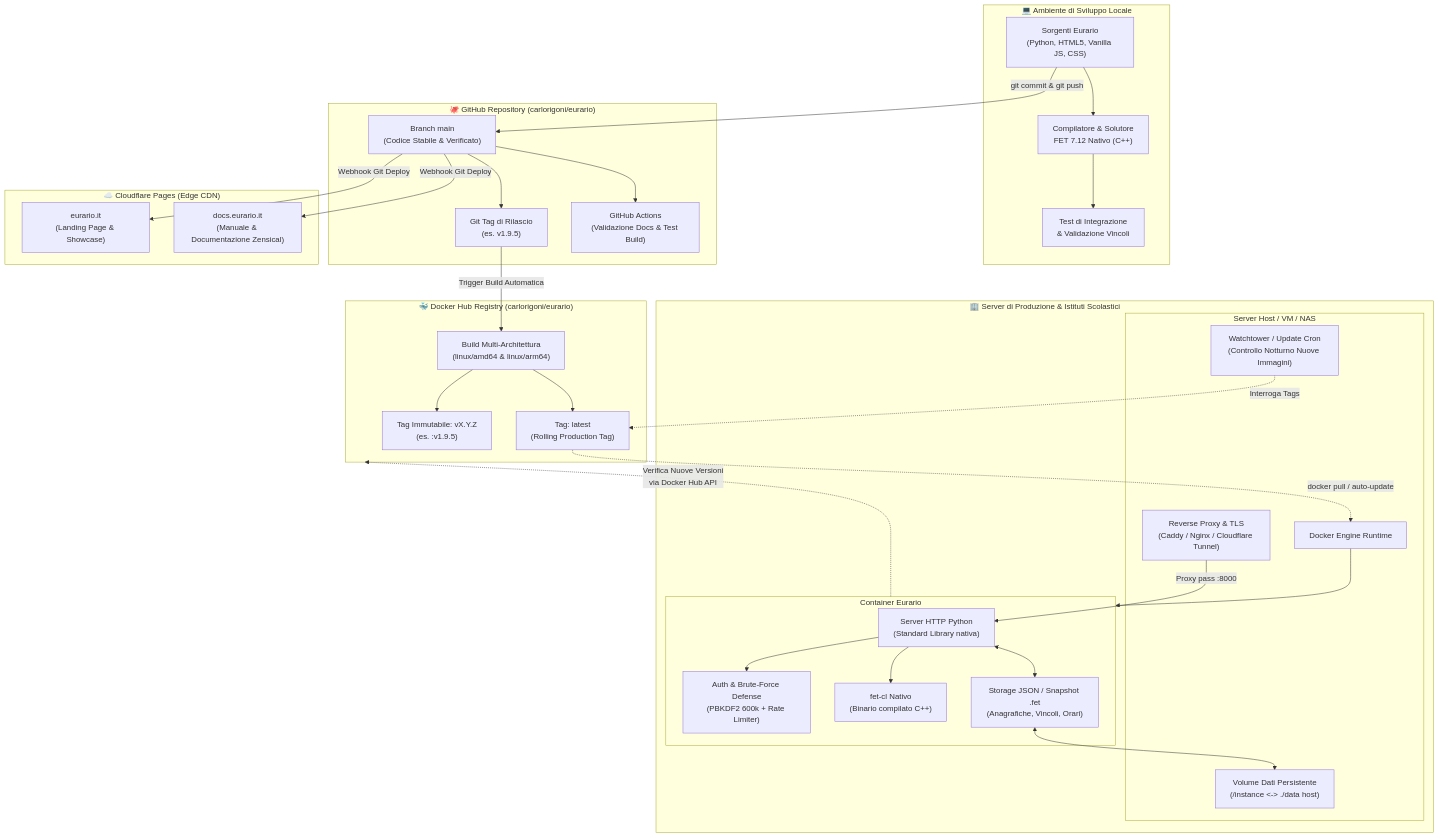
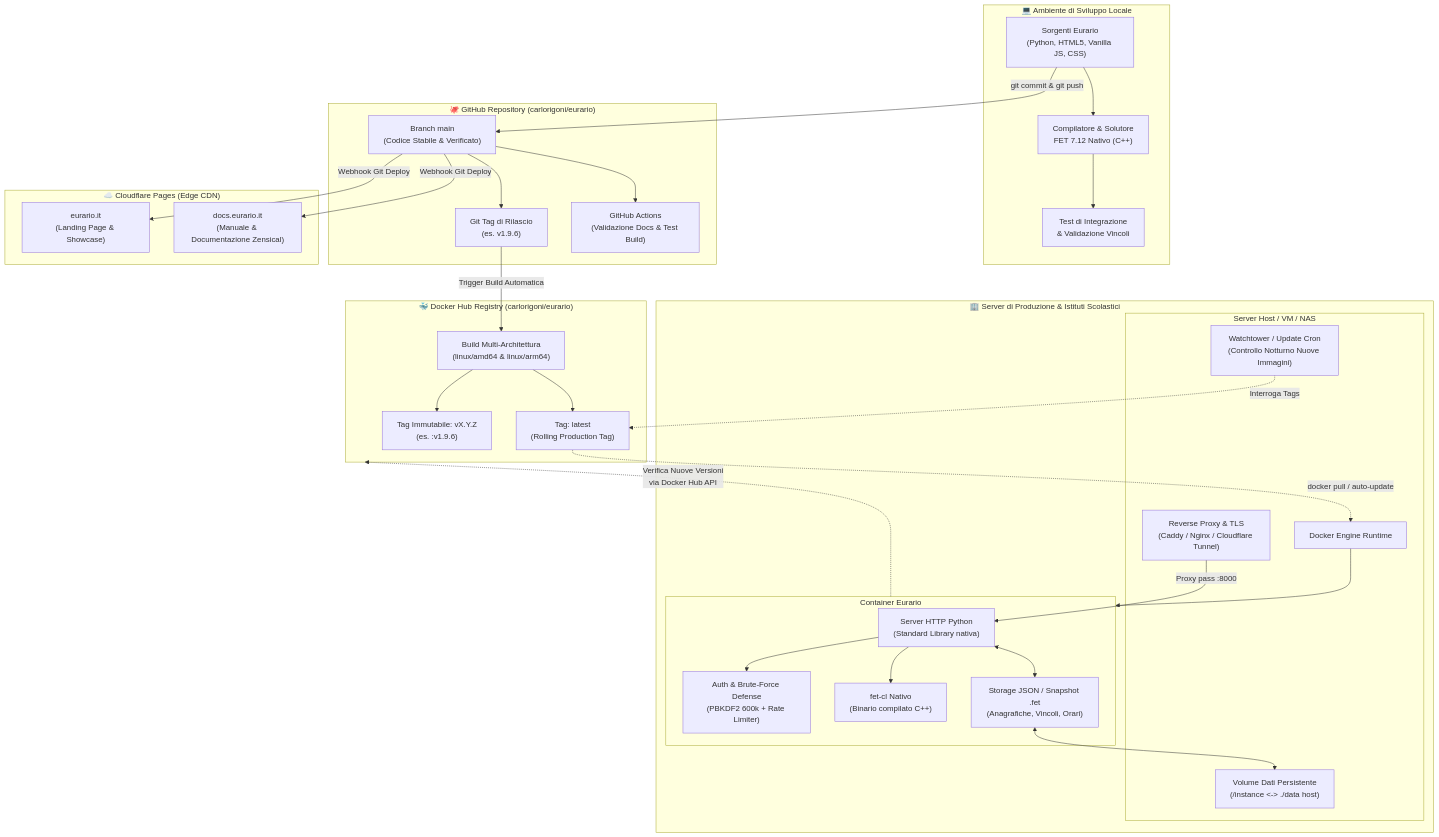
The first of 4 diagrams in docs/architecture.md (carlorigoni/SmartTimetableFET), drawn with Mermaid before and after one commit. The commit also changed other lines of this file and 1 other file, not shown here.

Commit message:
docs(architecture): expand Cloudflare ecosystem guide with Pages, DNS/WAF, and Zero-Trust Tunnel diagrams

````diff
--- a/docs/architecture.md
+++ b/docs/architecture.md
@@ -18,63 +18,63 @@
 ```mermaid
 flowchart TD
     subgraph LocalDev["💻 Ambiente di Sviluppo Locale"]
         DevFiles["Sorgenti Eurario\n(Python, HTML5, Vanilla JS, CSS)"]
         LocalFET["Compilatore & Solutore\nFET 7.12 Nativo (C++)"]
         LocalTest["Test di Integrazione\n& Validazione Vincoli"]
         DevFiles --> LocalFET
         LocalFET --> LocalTest
     end
 
     subgraph GitHubRepo["🐙 GitHub Repository (carlorigoni/eurario)"]
         MainBranch["Branch main\n(Codice Stabile & Verificato)"]
-        GitTag["Git Tag di Rilascio\n(es. v1.9.5)"]
+        GitTag["Git Tag di Rilascio\n(es. v1.9.6)"]
         GHActions["GitHub Actions\n(Validazione Docs & Test Build)"]
         MainBranch --> GitTag
         MainBranch --> GHActions
     end
 
     subgraph CDNPipeline["☁️ Cloudflare Pages (Edge CDN)"]
         CF_Landing["eurario.it\n(Landing Page & Showcase)"]
         CF_Docs["docs.eurario.it\n(Manuale & Documentazione Zensical)"]
     end
 
     subgraph ContainerRegistry["🐳 Docker Hub Registry (carlorigoni/eurario)"]
         MultiArchBuild["Build Multi-Architettura\n(linux/amd64 & linux/arm64)"]
         TagLatest["Tag: latest\n(Rolling Production Tag)"]
-        TagVersion["Tag Immutabile: vX.Y.Z\n(es. :v1.9.5)"]
+        TagVersion["Tag Immutabile: vX.Y.Z\n(es. :v1.9.6)"]
         MultiArchBuild --> TagLatest
         MultiArchBuild --> TagVersion
     end
 
     subgraph ProductionEnv["🏢 Server di Produzione & Istituti Scolastici"]
         subgraph ServerHost["Server Host / VM / NAS"]
             ReverseProxy["Reverse Proxy & TLS\n(Caddy / Nginx / Cloudflare Tunnel)"]
             DockerEngine["Docker Engine Runtime"]
             Watchtower["Watchtower / Update Cron\n(Controllo Notturno Nuove Immagini)"]
             PersistentVol["Volume Dati Persistente\n(/instance <-> ./data host)"]
         end
         subgraph ContainerApp["Container Eurario"]
             PyServer["Server HTTP Python\n(Standard Library nativa)"]
             AuthEngine["Auth & Brute-Force Defense\n(PBKDF2 600k + Rate Limiter)"]
             FETExec["fet-cl Nativo\n(Binario compilato C++)"]
             LocalData["Storage JSON / Snapshot .fet\n(Anagrafiche, Vincoli, Orari)"]
         end
     end
 
     %% Relazioni tra ambienti
     DevFiles -->|"git commit & git push"| MainBranch
     GitTag -->|"Trigger Build Automatica"| MultiArchBuild
     MainBranch -->|"Webhook Git Deploy"| CF_Landing
     MainBranch -->|"Webhook Git Deploy"| CF_Docs
 
     TagLatest -.->|"docker pull / auto-update"| DockerEngine
     DockerEngine --> ContainerApp
     ReverseProxy -->|"Proxy pass :8000"| PyServer
     PyServer --> AuthEngine
     PyServer --> FETExec
     PyServer <--> LocalData
     LocalData <--> PersistentVol
     Watchtower -.->|"Interroga Tags"| TagLatest
 
     ContainerApp -.->|"Verifica Nuove Versioni\nvia Docker Hub API"| ContainerRegistry
 ```
````
